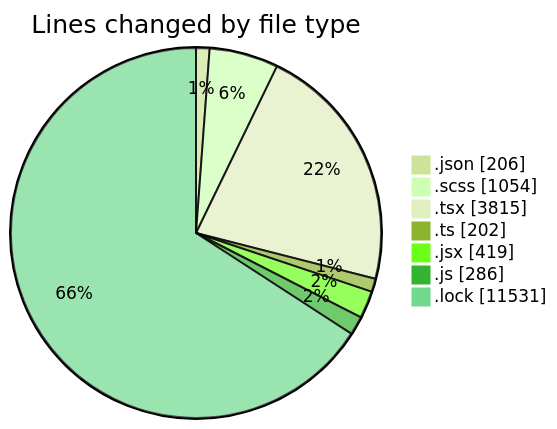
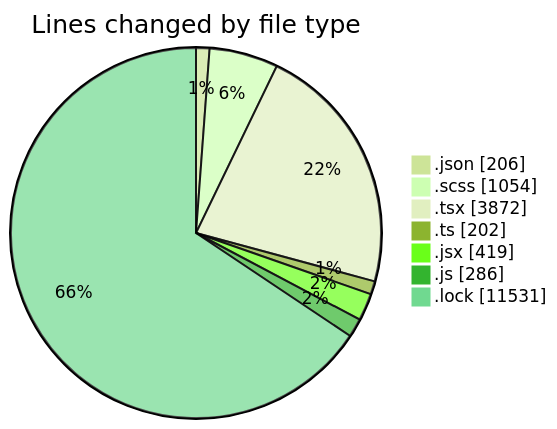
Before and after one commit to momahboobian/code-tracking: the first of 2 diagrams in 2026-02-17/cda/README.md, drawn with Mermaid (forest theme). The commit also changed other lines of this file and 1 other file, not shown here.

````diff
--- a/2026-02-17/cda/README.md
+++ b/2026-02-17/cda/README.md
@@ -45,11 +46,11 @@
 ```mermaid
 pie showData
 title Lines changed by file type
 ".json" : 206
 ".scss" : 1054
-".tsx" : 3815
+".tsx" : 3872
 ".ts" : 202
 ".jsx" : 419
 ".js" : 286
 ".lock" : 11531
 ```
````
